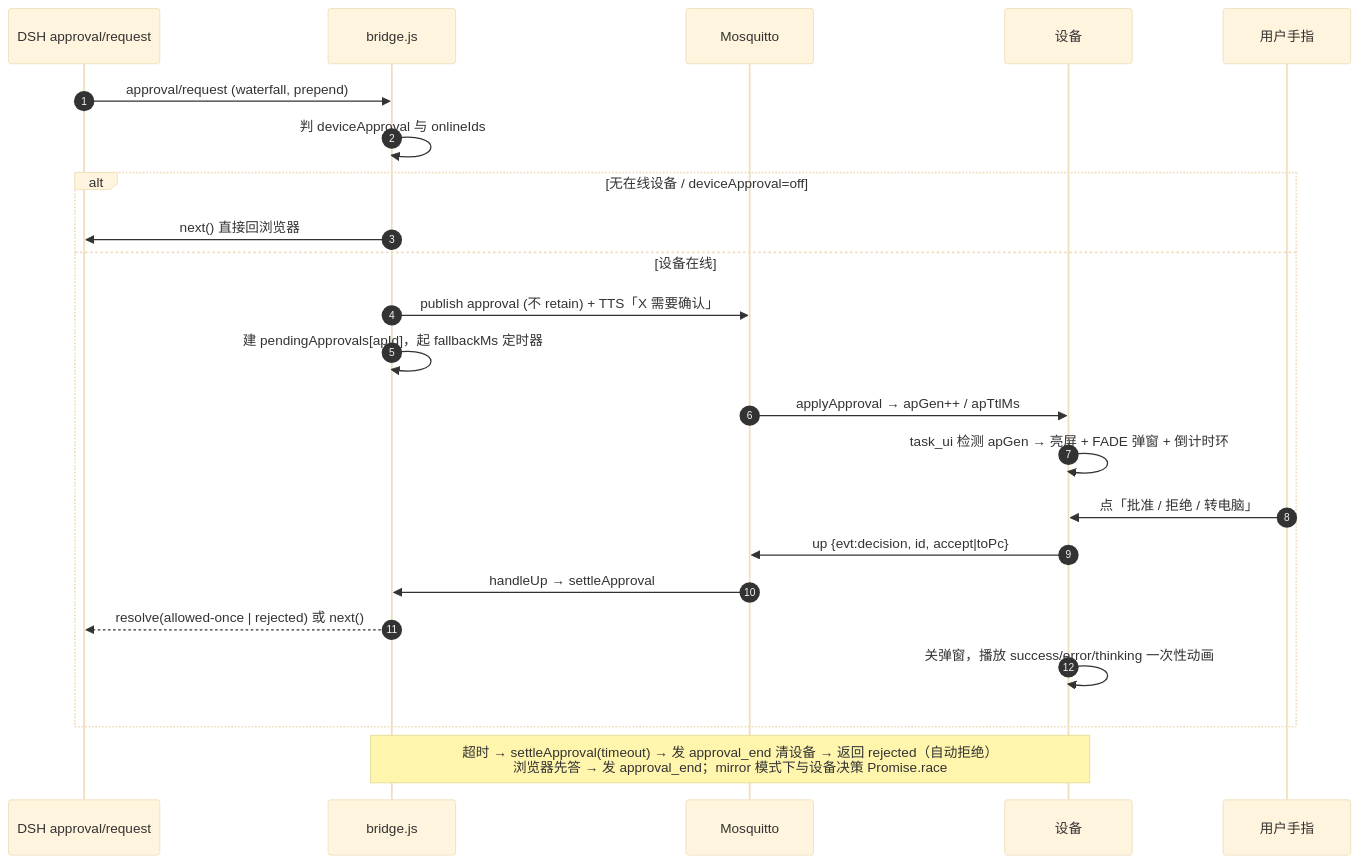
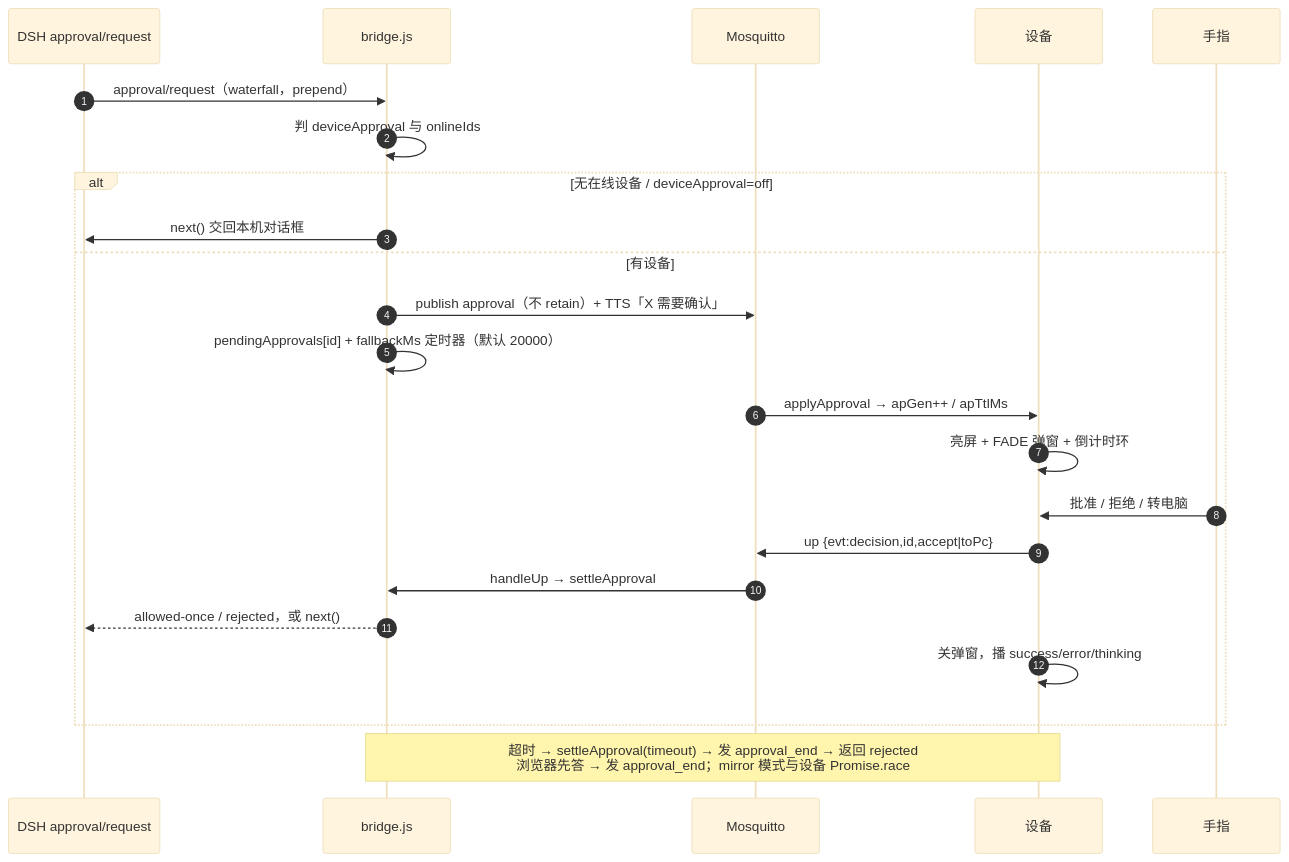
Before and after one commit to JAYcodr/whale-buddy-esp32: the fourth of 11 diagrams in docs/ARCHITECTURE.md, drawn with Mermaid (base theme). The commit also changed other lines of this file and 26 other files, not shown here.

````diff
--- a/docs/ARCHITECTURE.md
+++ b/docs/ARCHITECTURE.md
@@ -325,26 +273,26 @@
 ```mermaid
 sequenceDiagram
     autonumber
     participant DSH as DSH approval/request
     participant BR as bridge.js
     participant BRK as Mosquitto
     participant DEV as 设备
-    participant U as 用户手指
+    participant U as 手指
 
-    DSH->>BR: approval/request (waterfall, prepend)
+    DSH->>BR: approval/request（waterfall，prepend）
     BR->>BR: 判 deviceApproval 与 onlineIds
     alt 无在线设备 / deviceApproval=off
-        BR->>DSH: next() 直接回浏览器
-    else 设备在线
-        BR->>BRK: publish approval (不 retain) + TTS「X 需要确认」
-        BR->>BR: 建 pendingApprovals[apId]，起 fallbackMs 定时器
+        BR->>DSH: next() 交回本机对话框
+    else 有设备
+        BR->>BRK: publish approval（不 retain）+ TTS「X 需要确认」
+        BR->>BR: pendingApprovals[id] + fallbackMs 定时器（默认 20000）
         BRK->>DEV: applyApproval → apGen++ / apTtlMs
-        DEV->>DEV: task_ui 检测 apGen → 亮屏 + FADE 弹窗 + 倒计时环
-        U->>DEV: 点「批准 / 拒绝 / 转电脑」
-        DEV->>BRK: up {evt:decision, id, accept|toPc}
+        DEV->>DEV: 亮屏 + FADE 弹窗 + 倒计时环
+        U->>DEV: 批准 / 拒绝 / 转电脑
+        DEV->>BRK: up {evt:decision,id,accept|toPc}
         BRK->>BR: handleUp → settleApproval
-        BR-->>DSH: resolve(allowed-once | rejected) 或 next()
-        DEV->>DEV: 关弹窗，播放 success/error/thinking 一次性动画
+        BR-->>DSH: allowed-once / rejected，或 next()
+        DEV->>DEV: 关弹窗，播 success/error/thinking
     end
-    Note over BR,DEV: 超时 → settleApproval(timeout) → 发 approval_end 清设备 → 返回 rejected（自动拒绝）<br/>浏览器先答 → 发 approval_end；mirror 模式下与设备决策 Promise.race
+    Note over BR,DEV: 超时 → settleApproval(timeout) → 发 approval_end → 返回 rejected<br/>浏览器先答 → 发 approval_end；mirror 模式与设备 Promise.race
 ```
````
